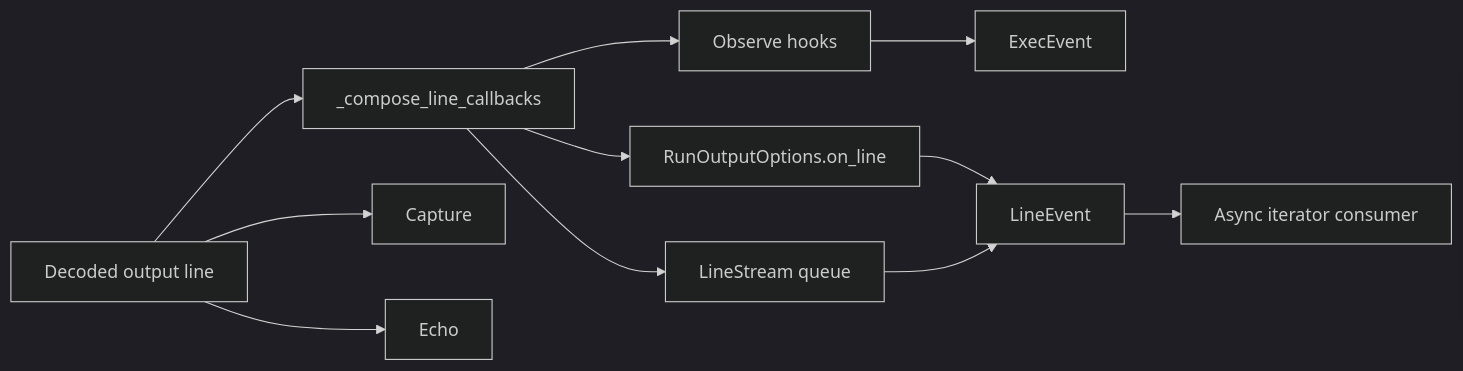
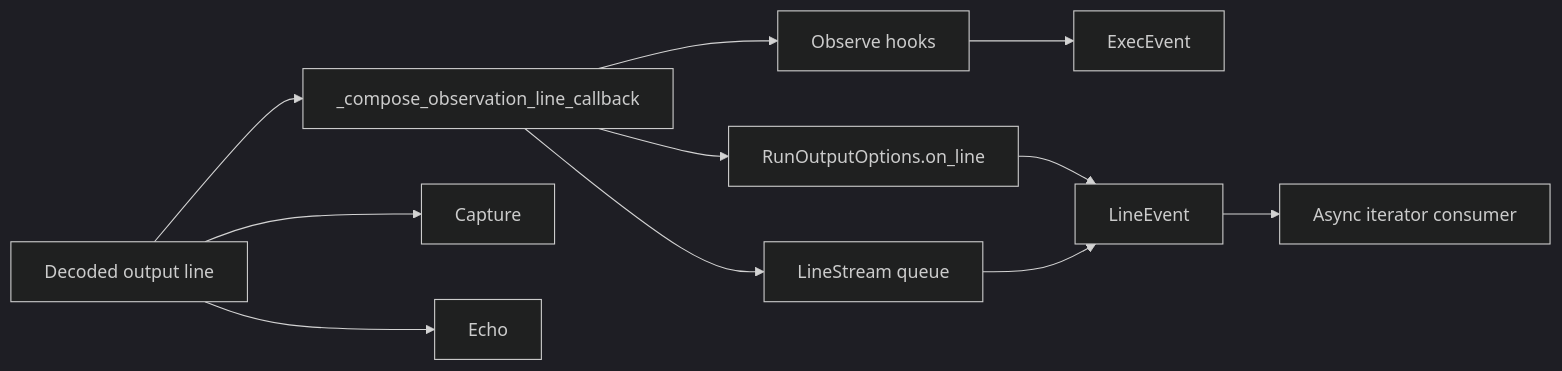
Diagram 17 of 23 in docs/cuprum-design.md (leynos/cuprum), drawn with Mermaid (dark theme) before and after one commit. The commit also changed other lines of this file and 9 other files, not shown here.

````diff
--- a/docs/cuprum-design.md
+++ b/docs/cuprum-design.md
@@ -3642,13 +3651,13 @@
 ```mermaid
 flowchart LR
-    decoded[Decoded output line] --> compose[_compose_line_callbacks]
+    decoded[Decoded output line] --> compose[_compose_observation_line_callback]
     compose --> observe[Observe hooks]
     compose --> hook[RunOutputOptions.on_line]
     compose --> queue[LineStream queue]
     observe --> exec[ExecEvent]
     hook --> event[LineEvent]
     queue --> event
     event --> consumer[Async iterator consumer]
     decoded --> capture[Capture]
     decoded --> echo[Echo]
 ```
````
